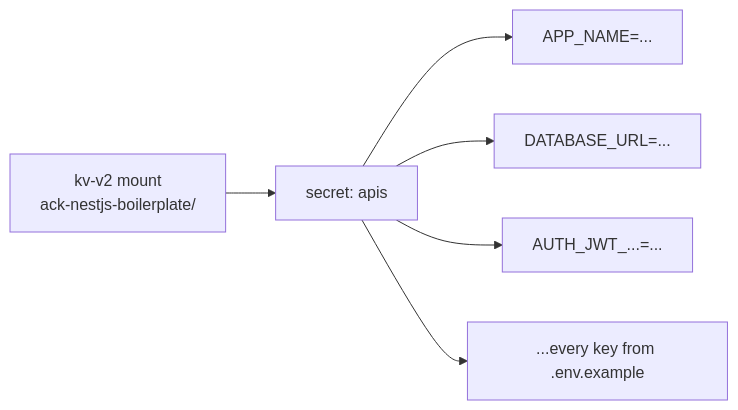
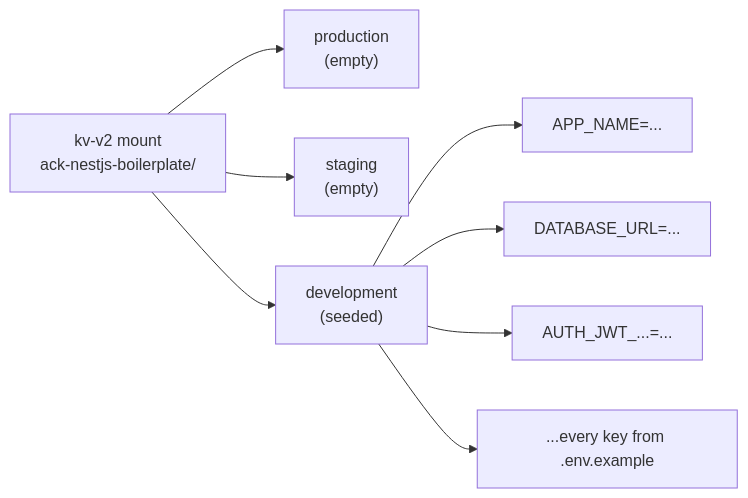
The second of 3 diagrams in docs/vault.md (andrechristikan/ack-nestjs-boilerplate), drawn with Mermaid before and after one commit. The commit also changed other lines of this file and 12 other files, not shown here.

````diff
--- a/docs/vault.md
+++ b/docs/vault.md
@@ -161,8 +195,10 @@
 ```mermaid
 flowchart LR
-    M["kv-v2 mount<br/>ack-nestjs-boilerplate/"] --> A["secret: apis"]
-    A --> K1["APP_NAME=..."]
-    A --> K2["DATABASE_URL=..."]
-    A --> K3["AUTH_JWT_...=..."]
-    A --> K4["...every key from .env.example"]
+    M["kv-v2 mount<br/>ack-nestjs-boilerplate/"] --> P["production<br/>(empty)"]
+    M --> S["staging<br/>(empty)"]
+    M --> D["development<br/>(seeded)"]
+    D --> K1["APP_NAME=..."]
+    D --> K2["DATABASE_URL=..."]
+    D --> K3["AUTH_JWT_...=..."]
+    D --> K4["...every key from .env.example"]
 ```
````
